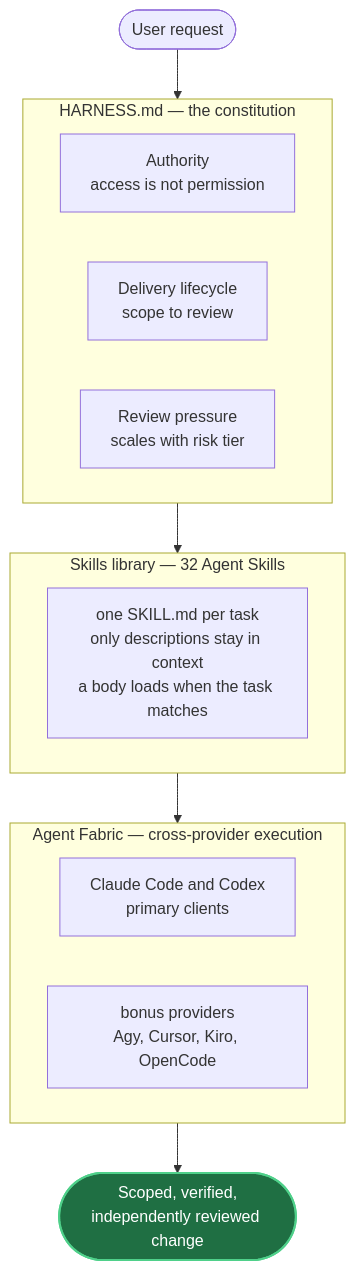
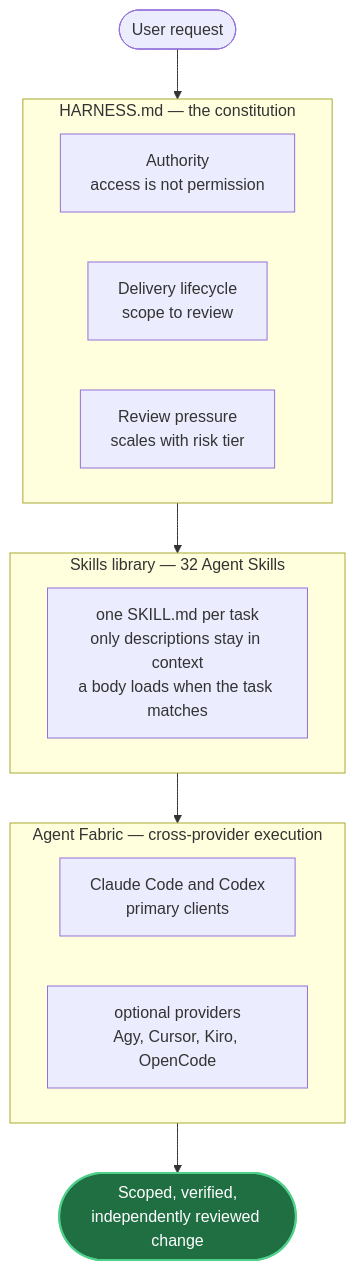
One commit to mblauberg/agent-harness changed the first of 2 diagrams in README.md. Above: the diagram before and after it, drawn with Mermaid. The commit also changed other lines of this file and 33 other files, not shown here.

````diff
--- a/README.md
+++ b/README.md
@@ -45,24 +45,24 @@
 ```mermaid
 flowchart TB
     U(["User request"])
     subgraph Harness["HARNESS.md — the constitution"]
       direction LR
       A["Authority<br/>access is not permission"]
       L["Delivery lifecycle<br/>scope to review"]
       R["Review pressure<br/>scales with risk tier"]
     end
     subgraph Skills["Skills library — 32 Agent Skills"]
       SK["one SKILL.md per task<br/>only descriptions stay in context<br/>a body loads when the task matches"]
     end
     subgraph Fabric["Agent Fabric — cross-provider execution"]
       direction LR
       P1["Claude Code and Codex<br/>primary clients"]
-      P2["bonus providers<br/>Agy, Cursor, Kiro, OpenCode"]
+      P2["optional providers<br/>Agy, Cursor, Kiro, OpenCode"]
     end
     U --> Harness
     Harness --> Skills
     Skills --> Fabric
     Fabric --> OUT(["Scoped, verified,<br/>independently reviewed change"])
     classDef out fill:#1f6f43,stroke:#4fd08a,color:#ffffff,stroke-width:2px
     class OUT out
 ```
````
